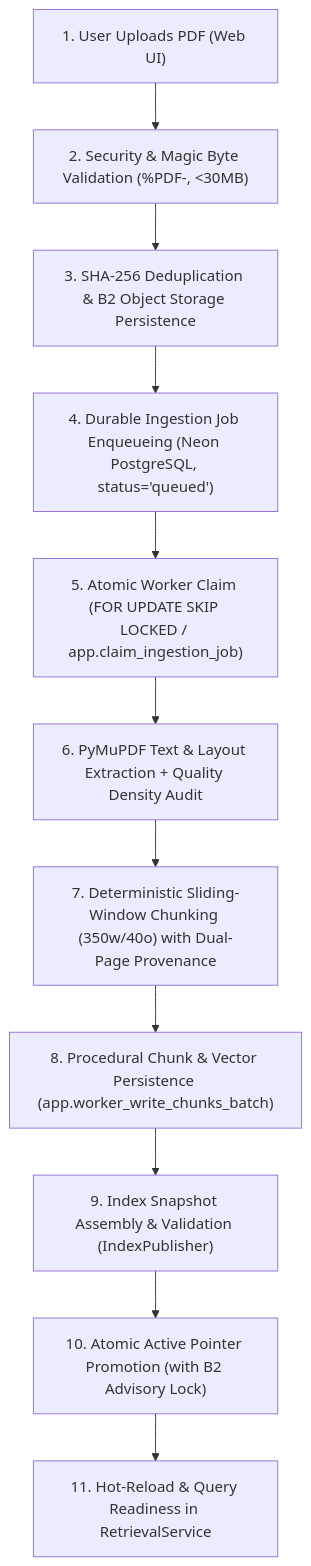
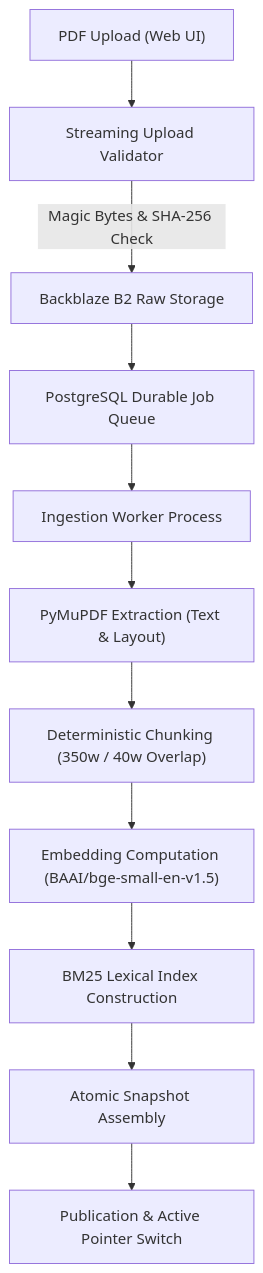
One commit to devgouravmax123/sebi-circular-rag-assistant changed the diagram in docs/data-pipeline.md. Above: the diagram before and after it, drawn with Mermaid. The commit also changed other lines of this file and 132 other files, not shown here.

````diff
--- a/docs/data-pipeline.md
+++ b/docs/data-pipeline.md
@@ -9,13 +9,13 @@
 ```mermaid
 flowchart TD
-    A["1. User Uploads PDF (Web UI)"] --> B["2. Security & Magic Byte Validation (%PDF-, <30MB)"]
-    B --> C["3. SHA-256 Deduplication & B2 Object Storage Persistence"]
-    C --> D["4. Durable Ingestion Job Enqueueing (Neon PostgreSQL, status='queued')"]
-    D --> E["5. Atomic Worker Claim (FOR UPDATE SKIP LOCKED / app.claim_ingestion_job)"]
-    E --> F["6. PyMuPDF Text & Layout Extraction + Quality Density Audit"]
-    F --> G["7. Deterministic Sliding-Window Chunking (350w/40o) with Dual-Page Provenance"]
-    G --> H["8. Procedural Chunk & Vector Persistence (app.worker_write_chunks_batch)"]
-    H --> I["9. Index Snapshot Assembly & Validation (IndexPublisher)"]
-    I --> J["10. Atomic Active Pointer Promotion (with B2 Advisory Lock)"]
-    J --> K["11. Hot-Reload & Query Readiness in RetrievalService"]
+    A["PDF Upload (Web UI)"] --> B["Streaming Upload Validator"]
+    B -->|"Magic Bytes & SHA-256 Check"| C["Backblaze B2 Raw Storage"]
+    C --> D["PostgreSQL Durable Job Queue"]
+    D --> E["Ingestion Worker Process"]
+    E --> F["PyMuPDF Extraction (Text & Layout)"]
+    F --> G["Deterministic Chunking (350w / 40w Overlap)"]
+    G --> H["Embedding Computation (BAAI/bge-small-en-v1.5)"]
+    H --> I["BM25 Lexical Index Construction"]
+    I --> J["Atomic Snapshot Assembly"]
+    J --> K["Publication & Active Pointer Switch"]
 ```
````
